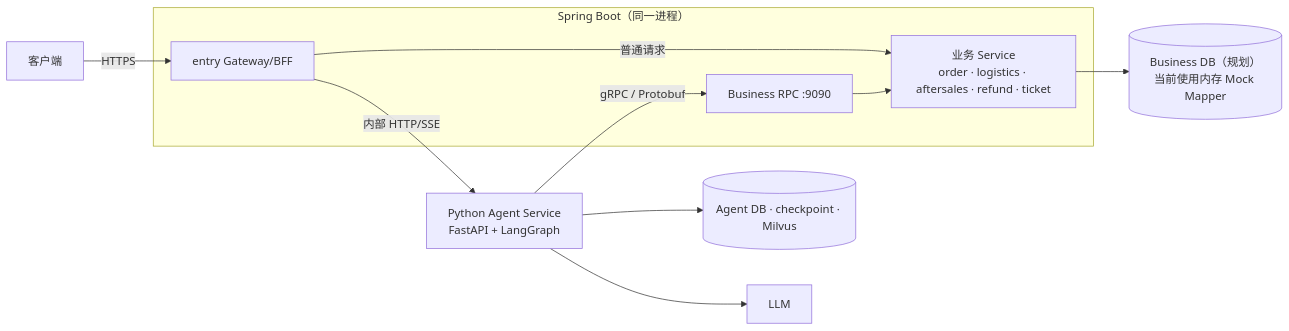
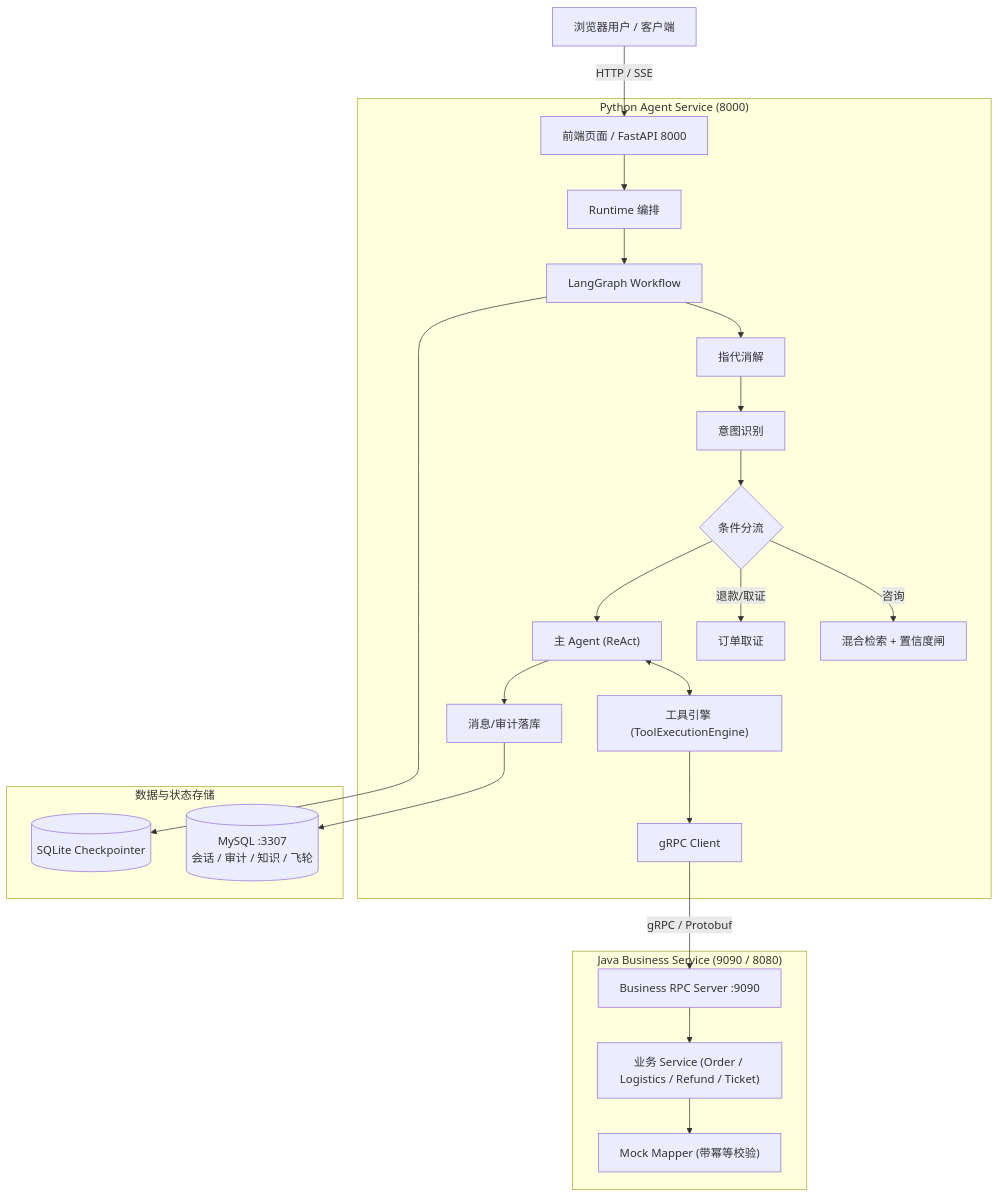
One commit to shangxinxiaolin/user-help changed the diagram in README.md. Above: the diagram before and after it, drawn with Mermaid. The commit also changed other lines of this file and 2 other files, not shown here.

First line of the commit message:
Feat/order grpc tool (#11)

````diff
--- a/README.md
+++ b/README.md
@@ -52,13 +64,27 @@
 ```mermaid
-flowchart LR
-    Client["客户端"] -->|HTTPS| Entry
-    subgraph Java["Spring Boot（同一进程）"]
-        Entry["entry Gateway/BFF"] -->|普通请求| Biz["业务 Service<br/>order · logistics · aftersales · refund · ticket"]
-        Rpc["Business RPC :9090"] --> Biz
+flowchart TB
+    Client["浏览器用户 / 客户端"] -->|HTTP / SSE| UI["前端页面 / FastAPI 8000"]
+    
+    subgraph PythonAgent["Python Agent Service (8000)"]
+        UI --> Runtime["Runtime 编排"]
+        Runtime --> Graph["LangGraph Workflow"]
+        Graph --> Coref["指代消解"] --> Intent["意图识别"] --> Route{"条件分流"}
+        Route -->|咨询| RAG["混合检索 + 置信度闸"]
+        Route -->|退款/取证| FetchOrder["订单取证"]
+        Route --> MainAgent["主 Agent (ReAct)"]
+        MainAgent <--> Tools["工具引擎 (ToolExecutionEngine)"]
+        MainAgent --> LogNode["消息/审计落库"]
+        Tools --> GrpcClient["gRPC Client"]
     end
-    Entry -->|内部 HTTP/SSE| Agent["Python Agent Service<br/>FastAPI + LangGraph"]
-    Agent -->|gRPC / Protobuf| Rpc
-    Agent --> AgentStore[("Agent DB · checkpoint · Milvus")]
-    Agent --> LLM["LLM"]
-    Biz --> BizDB[("Business DB（规划）<br/>当前使用内存 Mock Mapper")]
+
+    subgraph JavaBusiness["Java Business Service (9090 / 8080)"]
+        GrpcClient -->|gRPC / Protobuf| RpcServer["Business RPC Server :9090"]
+        RpcServer --> BizService["业务 Service (Order / Logistics / Refund / Ticket)"]
+        BizService --> MockMapper["Mock Mapper (带幂等校验)"]
+    end
+
+    subgraph Middleware["数据与状态存储"]
+        LogNode --> MySQL[("MySQL :3307<br/>会话 / 审计 / 知识 / 飞轮")]
+        Graph --> SQLite[("SQLite Checkpointer")]
+    end
 ```
````
